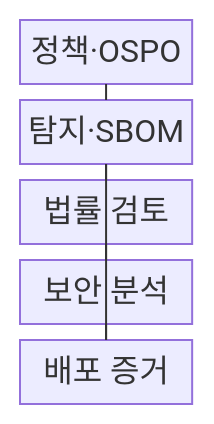
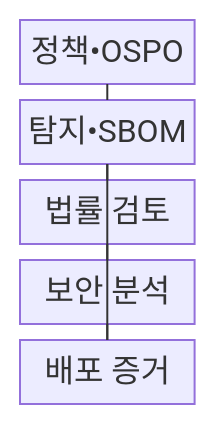
One commit to agnusdei1207/knowledge-base changed the first of 2 diagrams in src/content/docs/notes/07-law-policy/041_open_source_compliance_sbom.md. Above: the diagram before and after it, drawn with Mermaid. The commit also changed other lines of this file and 953 other files, not shown here.

````diff
--- a/src/content/docs/notes/07-law-policy/041_open_source_compliance_sbom.md
+++ b/src/content/docs/notes/07-law-policy/041_open_source_compliance_sbom.md
@@ -69,10 +69,10 @@
 ```mermaid
 block-beta
     columns 1
-    P["정책·OSPO"] S["탐지·SBOM"] L["법률 검토"] V["보안 분석"] E["배포 증거"]
+    P["정책•OSPO"] S["탐지•SBOM"] L["법률 검토"] V["보안 분석"] E["배포 증거"]
     P --- S
     S --- L
     S --- V
     L --- E
     V --- E
 ```
````
